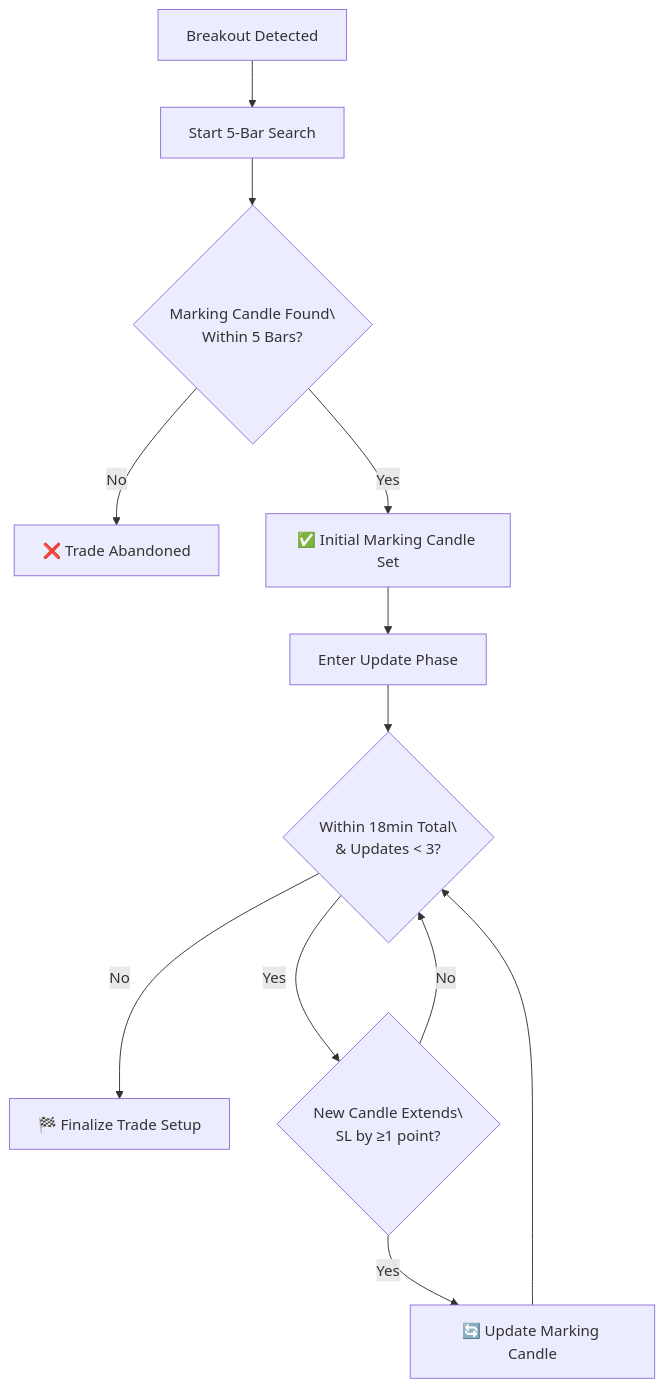
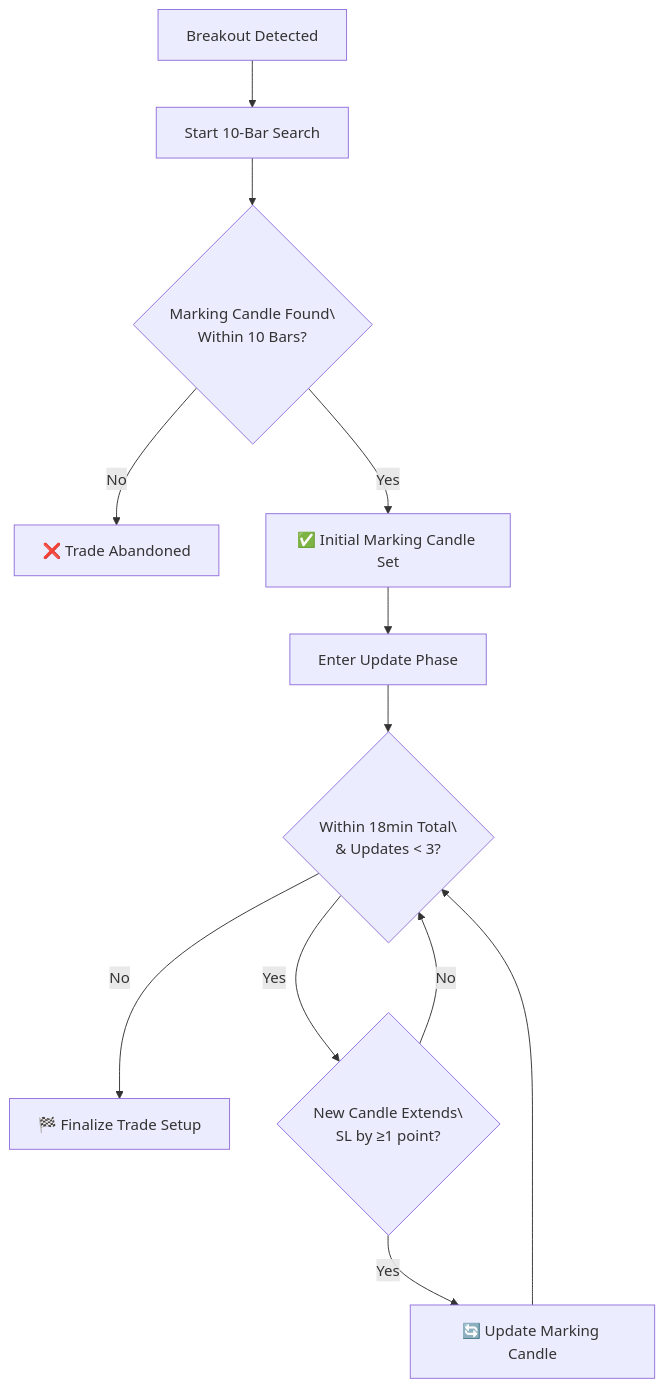
One commit to Andyrulz/bollinger-multistock changed the fifth of 7 diagrams in src/strategies/breakout-pullback/STRATEGY-DOCUMENTATION.md. Above: the diagram before and after it, drawn with Mermaid. The commit also changed other lines of this file and 32 other files, not shown here.

````diff
--- a/src/strategies/breakout-pullback/STRATEGY-DOCUMENTATION.md
+++ b/src/strategies/breakout-pullback/STRATEGY-DOCUMENTATION.md
@@ -467,14 +467,14 @@
 ```mermaid
 flowchart TD
-    A[Breakout Detected] --> B[Start 5-Bar Search]
-    B --> C{Marking Candle Found\\nWithin 5 Bars?}
+    A[Breakout Detected] --> B[Start 10-Bar Search]
+    B --> C{Marking Candle Found\\nWithin 10 Bars?}
     C -->|No| D[❌ Trade Abandoned]
     C -->|Yes| E[✅ Initial Marking Candle Set]
     E --> F[Enter Update Phase]
     F --> G{Within 18min Total\\n& Updates < 3?}
     G -->|No| H[🏁 Finalize Trade Setup]
     G -->|Yes| I{New Candle Extends\\nSL by ≥1 point?}
     I -->|No| G
     I -->|Yes| J[🔄 Update Marking Candle]
     J --> G
 ```
````
